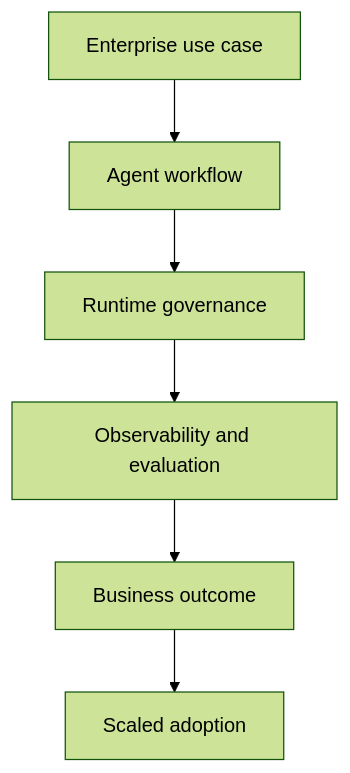
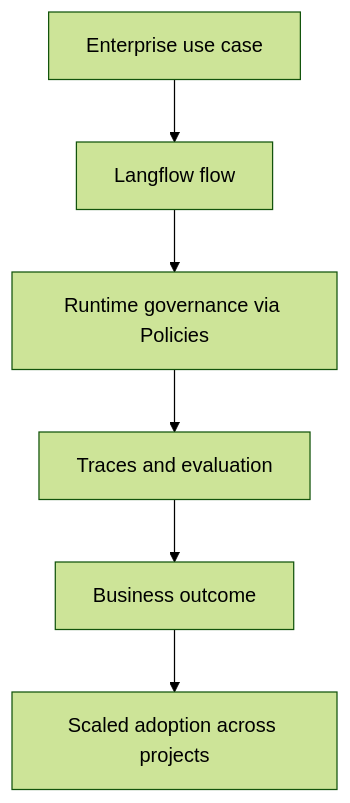
The first of 13 diagrams in book/chapters/chapter-06-enterprise-adoption-of-agentic-ai.md (naren-allam/agents-beginners), drawn with Mermaid (forest theme) before and after one commit. The commit also changed other lines of this file and 28 other files, not shown here.

````diff
--- a/book/chapters/chapter-06-enterprise-adoption-of-agentic-ai.md
+++ b/book/chapters/chapter-06-enterprise-adoption-of-agentic-ai.md
@@ -9,15 +9,15 @@
 ```mermaid
 flowchart TD
     UseCase["Enterprise use case"]
-    Agent["Agent workflow"]
-    Governance["Runtime governance"]
-    Observability["Observability and evaluation"]
+    Flow["Langflow flow"]
+    Governance["Runtime governance via Policies"]
+    Observability["Traces and evaluation"]
     Business["Business outcome"]
-    Scale["Scaled adoption"]
+    Scale["Scaled adoption across projects"]
 
-    UseCase --> Agent
-    Agent --> Governance
+    UseCase --> Flow
+    Flow --> Governance
     Governance --> Observability
     Observability --> Business
     Business --> Scale
 ```
````
